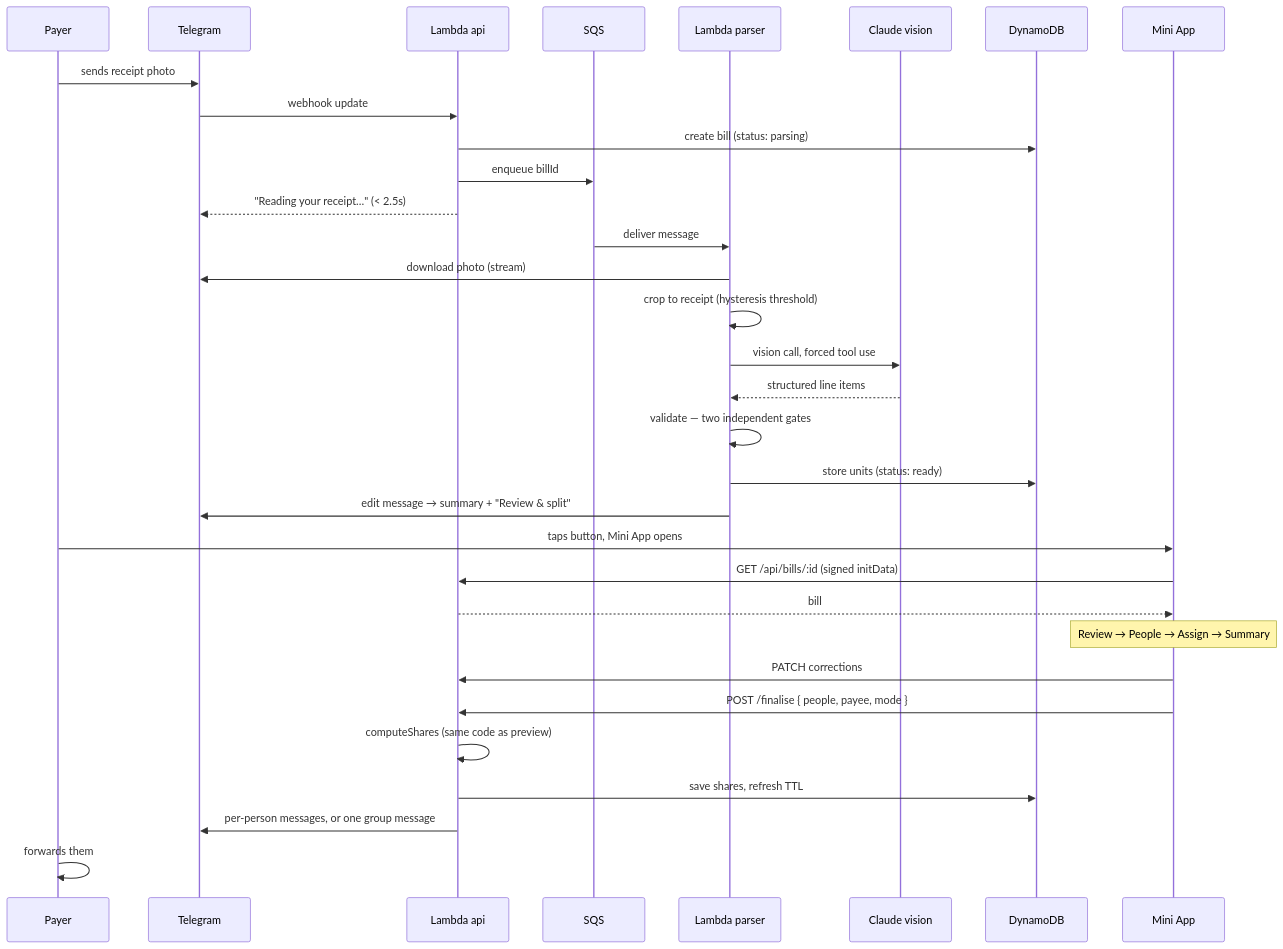
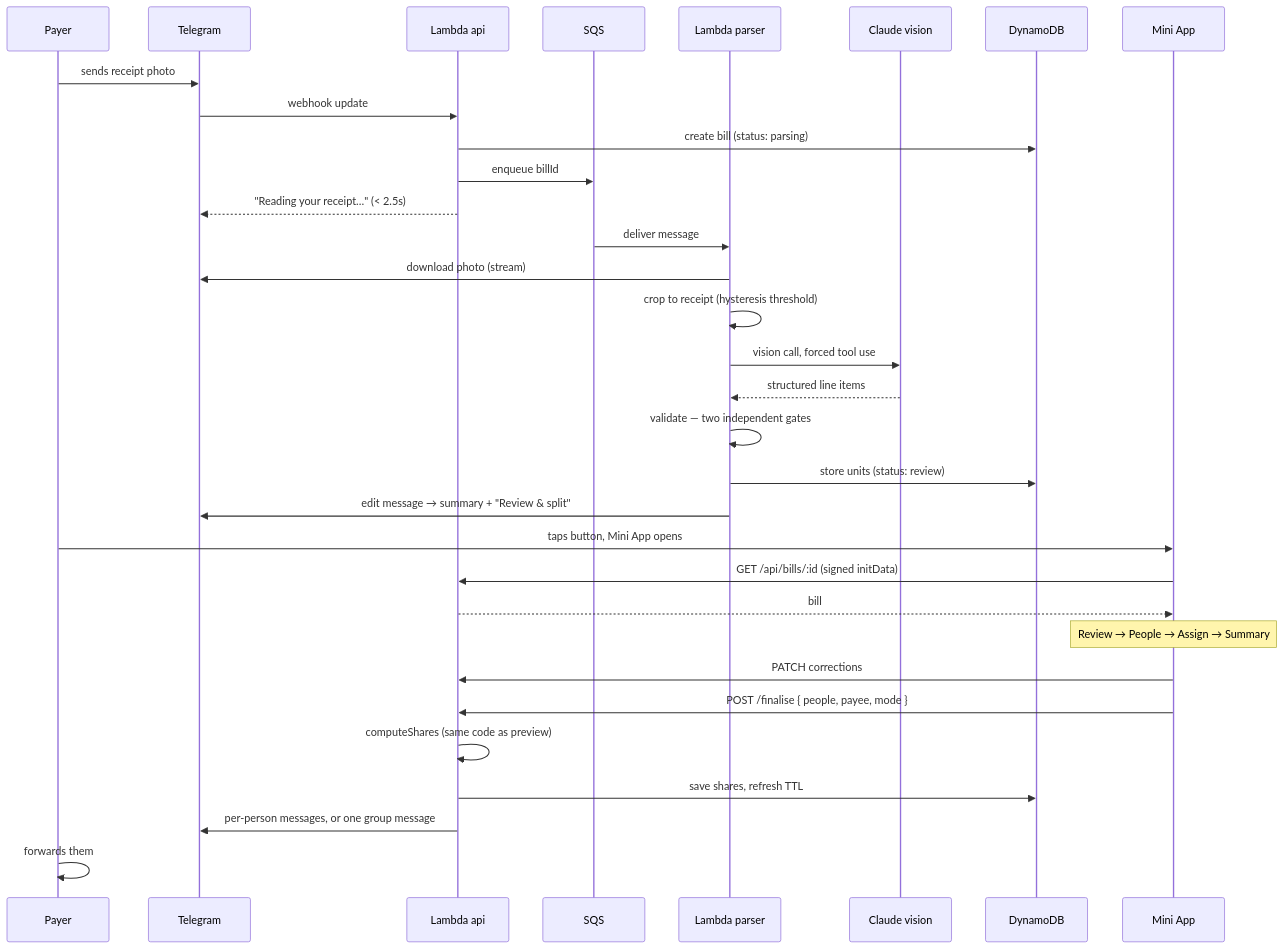
One commit to anyhowwws/AnySplit changed the third of 4 diagrams in DESIGN.md. Above: the diagram before and after it, drawn with Mermaid. The commit also changed other lines of this file and 9 other files, not shown here.

````diff
--- a/DESIGN.md
+++ b/DESIGN.md
@@ -231,37 +241,37 @@
 ```mermaid
 sequenceDiagram
     participant U as Payer
     participant TG as Telegram
     participant API as Lambda api
     participant Q as SQS
     participant P as Lambda parser
     participant C as Claude vision
     participant DB as DynamoDB
     participant MA as Mini App
 
     U->>TG: sends receipt photo
     TG->>API: webhook update
     API->>DB: create bill (status: parsing)
     API->>Q: enqueue billId
     API-->>TG: "Reading your receipt…" (< 2.5s)
 
     Q->>P: deliver message
     P->>TG: download photo (stream)
     P->>P: crop to receipt (hysteresis threshold)
     P->>C: vision call, forced tool use
     C-->>P: structured line items
     P->>P: validate — two independent gates
-    P->>DB: store units (status: ready)
+    P->>DB: store units (status: review)
     P->>TG: edit message → summary + "Review & split"
 
     U->>MA: taps button, Mini App opens
     MA->>API: GET /api/bills/:id (signed initData)
     API-->>MA: bill
     Note over MA: Review → People → Assign → Summary
     MA->>API: PATCH corrections
     MA->>API: POST /finalise { people, payee, mode }
     API->>API: computeShares (same code as preview)
     API->>DB: save shares, refresh TTL
     API->>TG: per-person messages, or one group message
     U->>U: forwards them
 ```
````
